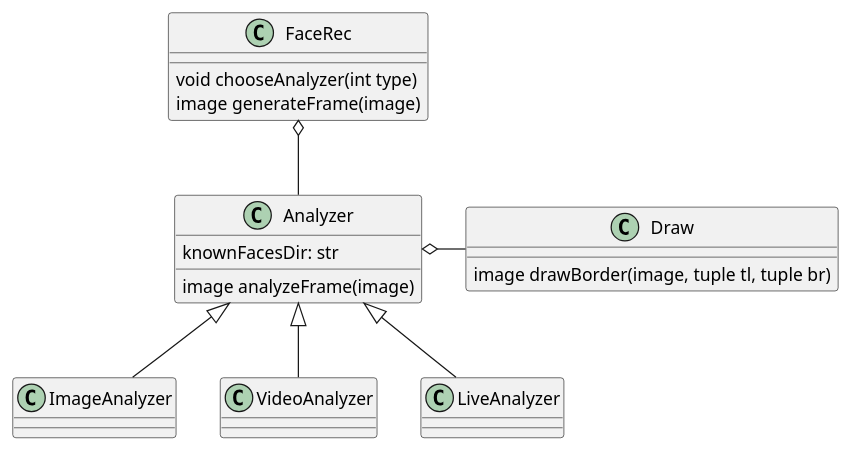
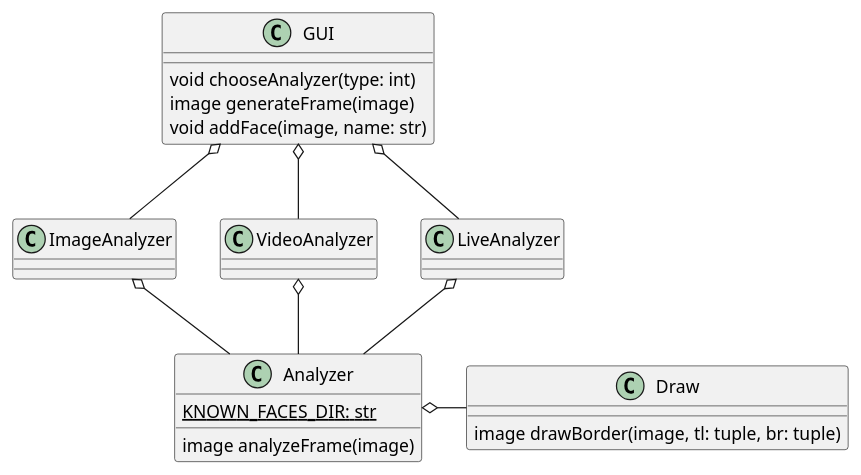
Before and after one commit to mhuybregts/vision-id: the diagram in docs/class-diagram.plantuml, drawn with PlantUML. The commit also changed 3 other files, not shown here.

Commit message:
docs: Create sequence diagrams

```diff
--- a/docs/class-diagram.plantuml
+++ b/docs/class-diagram.plantuml
@@ -1,27 +1,31 @@
 @startuml vision-id-class
-class FaceRec {
-    void chooseAnalyzer(int type)
+class GUI {
+    void chooseAnalyzer(type: int)
     image generateFrame(image)
+    void addFace(image, name: str)
 }
 
 class Analyzer {
-    knownFacesDir: str
+    {static} KNOWN_FACES_DIR: str
     image analyzeFrame(image)
 }
 
 class Draw {
-    image drawBorder(image, tuple tl, tuple br)
+    image drawBorder(image, tl: tuple, br: tuple)
 }
 
 class ImageAnalyzer
 class VideoAnalyzer
 class LiveAnalyzer
 
-FaceRec o-- Analyzer
+GUI o-- ImageAnalyzer
+GUI o-- VideoAnalyzer
+GUI o-- LiveAnalyzer
 
 Analyzer o- Draw
 
-Analyzer <|-- ImageAnalyzer
-Analyzer <|-- VideoAnalyzer
-Analyzer <|-- LiveAnalyzer
+ImageAnalyzer o-- Analyzer
+VideoAnalyzer o-- Analyzer
+LiveAnalyzer o-- Analyzer
+
 @enduml
```
